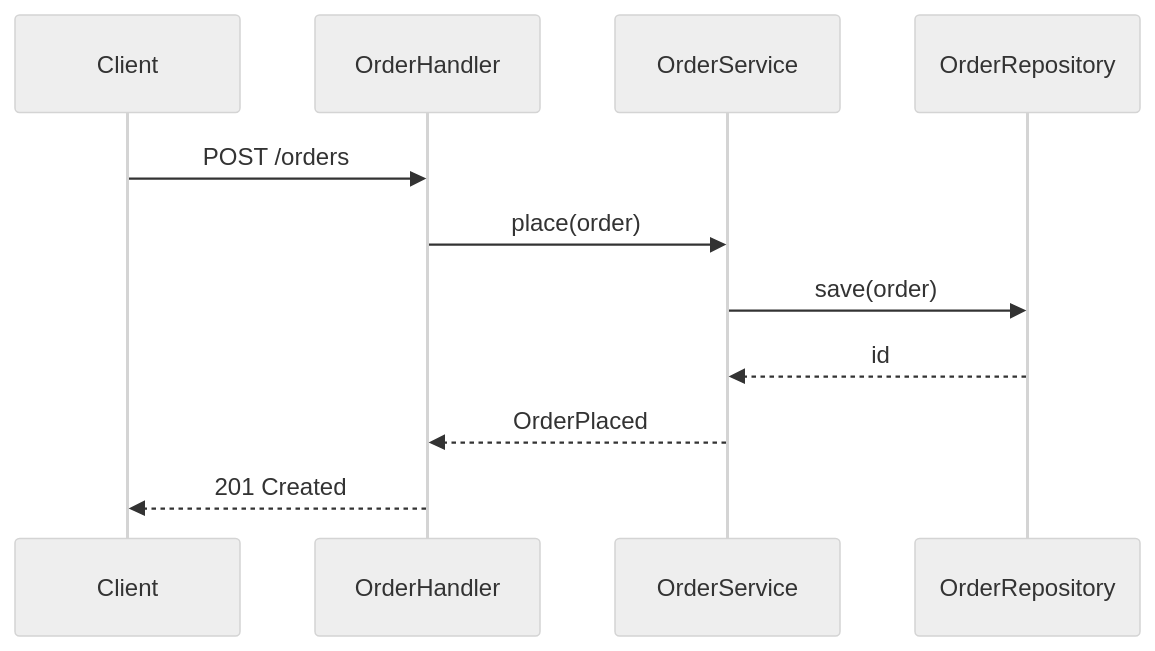
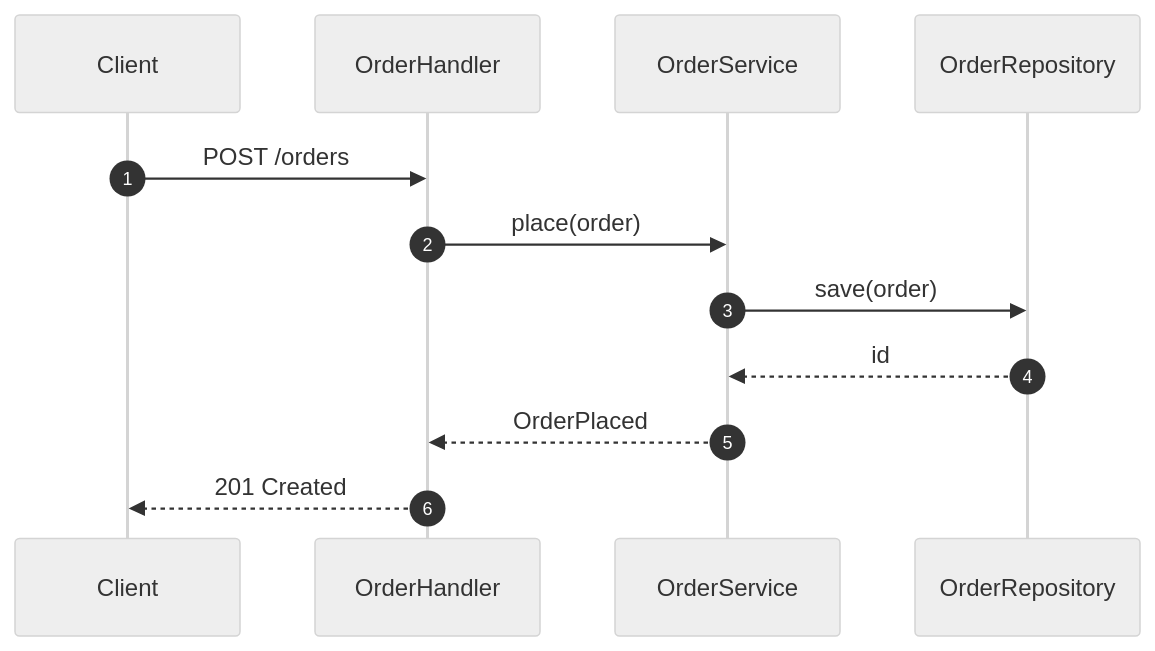
The second of 2 diagrams in skills/roj-explain-logic/references/mermaid.md (rojcarranza/agent-skills), drawn with Mermaid (neutral theme) before and after one commit. The commit also changed other lines of this file and 29 other files, not shown here.

````diff
--- a/skills/roj-explain-logic/references/mermaid.md
+++ b/skills/roj-explain-logic/references/mermaid.md
@@ -103,13 +169,14 @@
 ```mermaid
 sequenceDiagram
+  autonumber
   participant C as Client
   participant H as OrderHandler
   participant S as OrderService
   participant R as OrderRepository
   C->>H: POST /orders
   H->>S: place(order)
   S->>R: save(order)
   R-->>S: id
   S-->>H: OrderPlaced
   H-->>C: 201 Created
 ```
````
